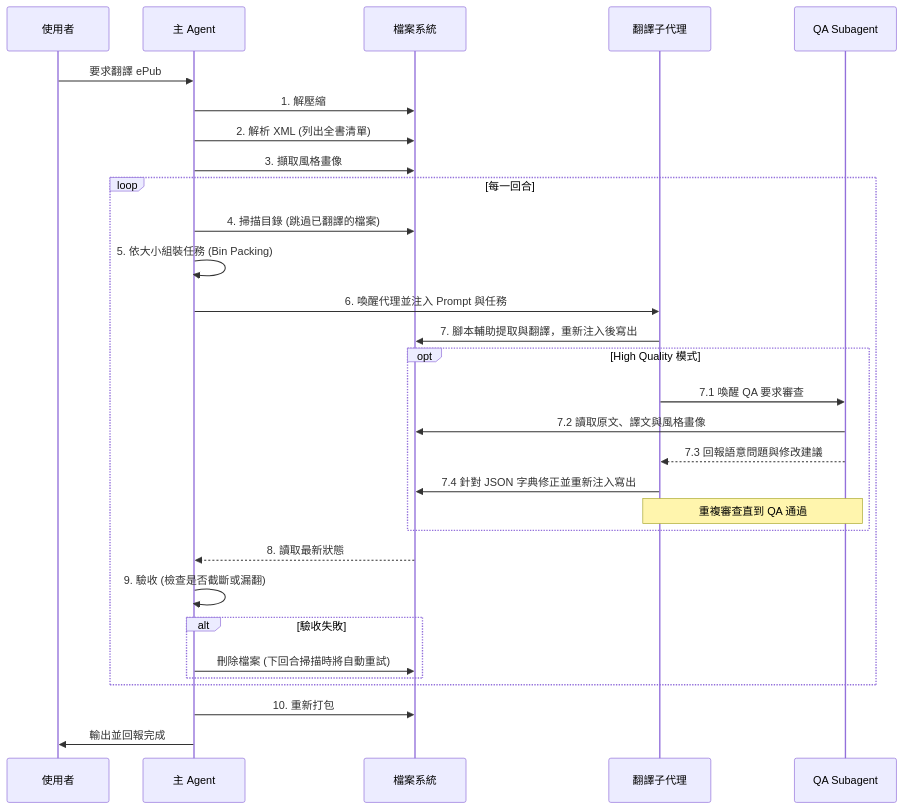
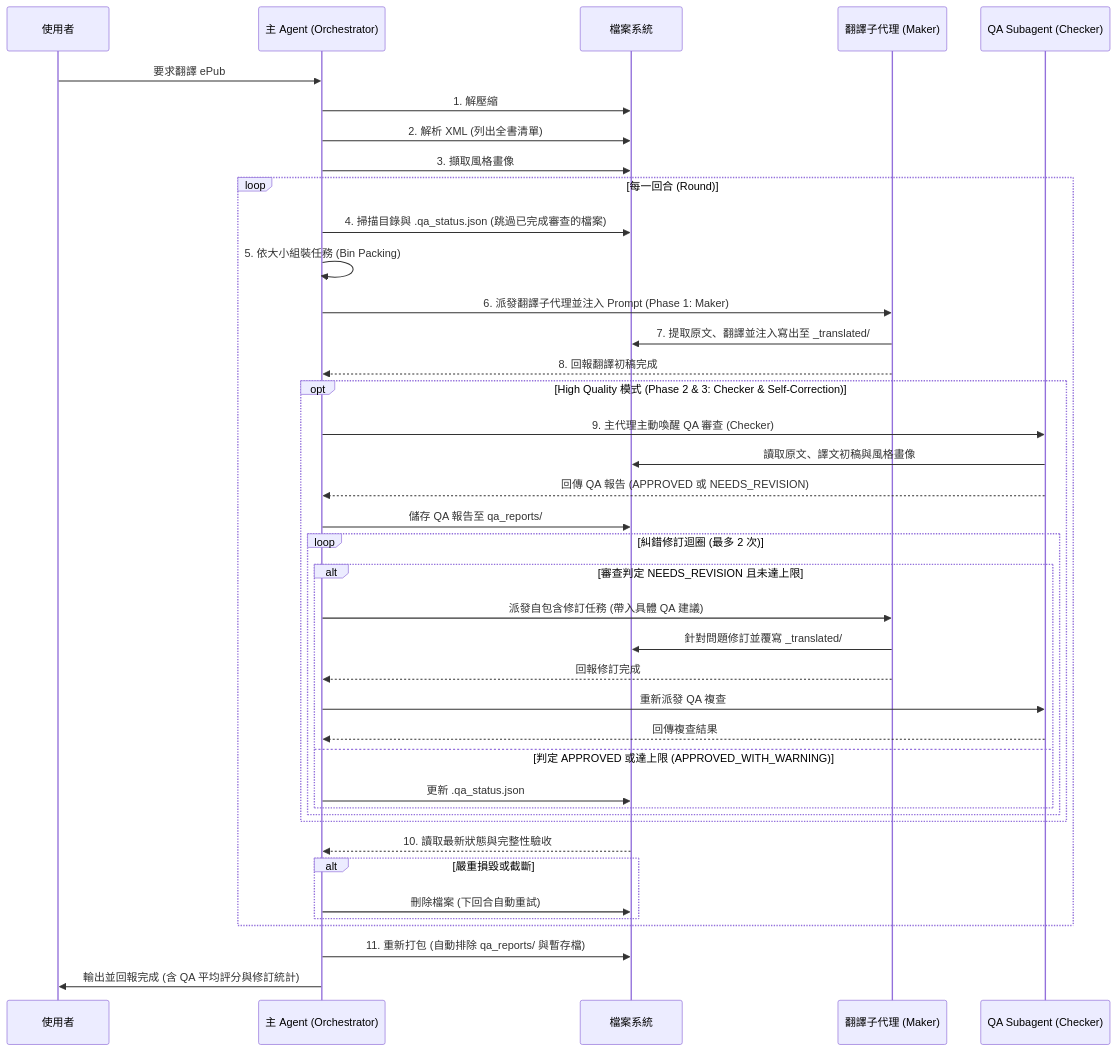
One commit to dlhdb/epub-translate-agy-skill changed the second of 2 diagrams in .agents/skills/awesome-epub-translator/docs/TECHNICAL_DETAILS.md. Above: the diagram before and after it, drawn with Mermaid. The commit also changed other lines of this file and 4 other files, not shown here.

Commit message:
feat(orchestrator): refactor high-quality QA to star pattern for OpenCode and AGY

````diff
--- a/.agents/skills/awesome-epub-translator/docs/TECHNICAL_DETAILS.md
+++ b/.agents/skills/awesome-epub-translator/docs/TECHNICAL_DETAILS.md
@@ -50,37 +54,48 @@
 ```mermaid
 sequenceDiagram
     participant U as 使用者
-    participant M as 主 Agent
+    participant M as 主 Agent (Orchestrator)
     participant F as 檔案系統
-    participant S as 翻譯子代理
-    participant Q as QA Subagent
+    participant S as 翻譯子代理 (Maker)
+    participant Q as QA Subagent (Checker)
     
     U->>M: 要求翻譯 ePub
     M->>F: 1. 解壓縮
     M->>F: 2. 解析 XML (列出全書清單)
     M->>F: 3. 擷取風格畫像
     
-    loop 每一回合
-        M->>F: 4. 掃描目錄 (跳過已翻譯的檔案)
+    loop 每一回合 (Round)
+        M->>F: 4. 掃描目錄與 .qa_status.json (跳過已完成審查的檔案)
         M->>M: 5. 依大小組裝任務 (Bin Packing)
-        M->>S: 6. 喚醒代理並注入 Prompt 與任務
-        S->>F: 7. 腳本輔助提取與翻譯，重新注入後寫出
+        M->>S: 6. 派發翻譯子代理並注入 Prompt (Phase 1: Maker)
+        S->>F: 7. 提取原文、翻譯並注入寫出至 _translated/
+        S-->>M: 8. 回報翻譯初稿完成
         
-        opt High Quality 模式
-            S->>Q: 7.1 喚醒 QA 要求審查
-            Q->>F: 7.2 讀取原文、譯文與風格畫像
-            Q-->>S: 7.3 回報語意問題與修改建議
-            S->>F: 7.4 針對 JSON 字典修正並重新注入寫出
-            Note over S, Q: 重複審查直到 QA 通過
+        opt High Quality 模式 (Phase 2 & 3: Checker & Self-Correction)
+            M->>Q: 9. 主代理主動喚醒 QA 審查 (Checker)
+            Q->>F: 讀取原文、譯文初稿與風格畫像
+            Q-->>M: 回傳 QA 報告 (APPROVED 或 NEEDS_REVISION)
+            M->>F: 儲存 QA 報告至 qa_reports/
+            
+            loop 糾錯修訂迴圈 (最多 2 次)
+                alt 審查判定 NEEDS_REVISION 且未達上限
+                    M->>S: 派發自包含修訂任務 (帶入具體 QA 建議)
+                    S->>F: 針對問題修訂並覆寫 _translated/
+                    S-->>M: 回報修訂完成
+                    M->>Q: 重新派發 QA 複查
+                    Q-->>M: 回傳複查結果
+                else 判定 APPROVED 或達上限 (APPROVED_WITH_WARNING)
+                    M->>F: 更新 .qa_status.json
+                end
+            end
         end
         
-        F-->>M: 8. 讀取最新狀態
-        M->>M: 9. 驗收 (檢查是否截斷或漏翻)
-        alt 驗收失敗
-            M->>F: 刪除檔案 (下回合掃描時將自動重試)
+        F-->>M: 10. 讀取最新狀態與完整性驗收
+        alt 嚴重損毀或截斷
+            M->>F: 刪除檔案 (下回合自動重試)
         end
     end
     
-    M->>F: 10. 重新打包
-    M->>U: 輸出並回報完成
+    M->>F: 11. 重新打包 (自動排除 qa_reports/ 與暫存檔)
+    M->>U: 輸出並回報完成 (含 QA 平均評分與修訂統計)
 ```
````
